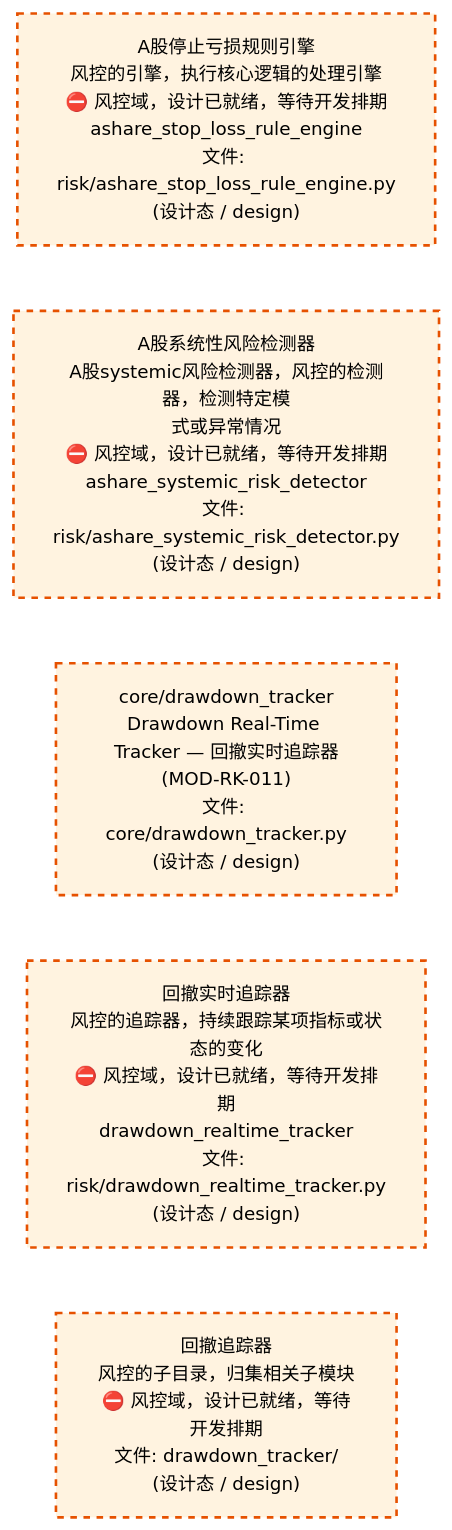
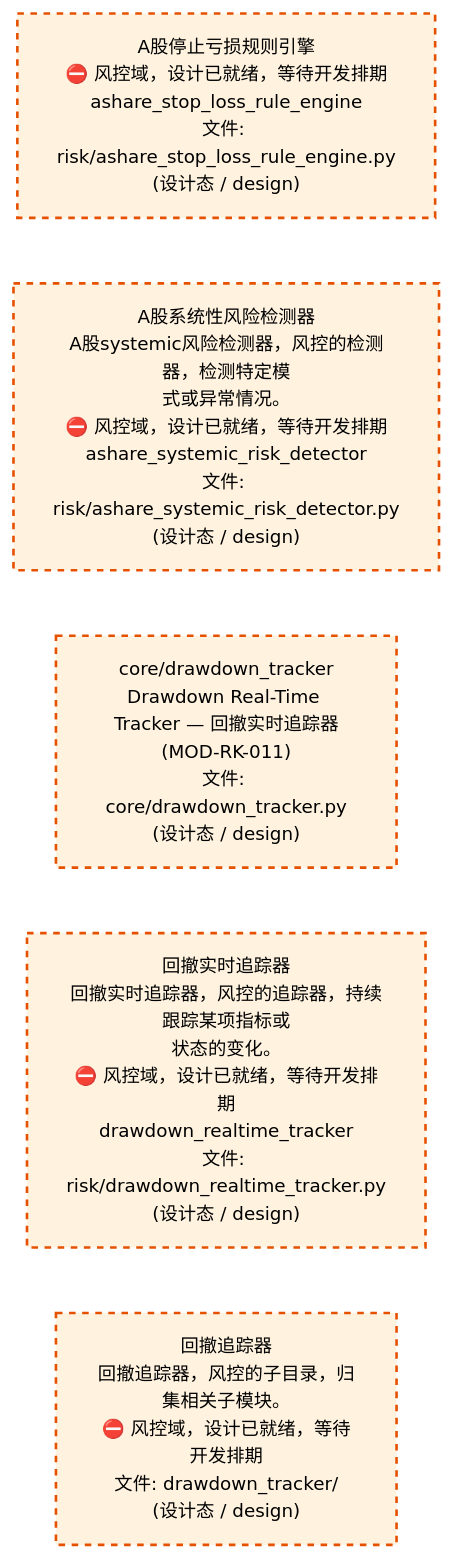
One commit to xuanFelixVan/ZephyrAlpha changed the third of 4 diagrams in docs/02_enterprise_architecture/02_domain_architecture_docs/65_d_risk.md. Above: the diagram before and after it, drawn with Mermaid. The commit also changed other lines of this file and 61 other files, not shown here.

````diff
--- a/docs/02_enterprise_architecture/02_domain_architecture_docs/65_d_risk.md
+++ b/docs/02_enterprise_architecture/02_domain_architecture_docs/65_d_risk.md
@@ -183,18 +183,18 @@
 ```mermaid
 %%{init: {'theme': 'base', 'themeVariables': {'primaryColor': '#eaeaea', 'primaryTextColor': '#333333', 'primaryBorderColor': '#666666', 'lineColor': '#666666', 'secondaryColor': '#eaeaea', 'tertiaryColor': '#eaeaea', 'fontSize': '14px'}}}%%
 flowchart TD
-    src_zephyr_risk_ashare_stop_loss_rule_engine_py["A股停止亏损规则引擎<br/>风控的引擎，执行核心逻辑的处理引擎<br/>⛔ 风控域，设计已就绪，等待开发排期<br/>ashare_stop_loss_rule_engine<br/>文件: risk/ashare_stop_loss_rule_engine.py<br/>(设计态 / design)"]
-    src_zephyr_risk_ashare_systemic_risk_detector_py["A股系统性风险检测器<br/>A股systemic风险检测器，风控的检测器，检测特定模<br/>式或异常情况<br/>⛔ 风控域，设计已就绪，等待开发排期<br/>ashare_systemic_risk_detector<br/>文件: risk/ashare_systemic_risk_detector.py<br/>(设计态 / design)"]
+    src_zephyr_risk_ashare_stop_loss_rule_engine_py["A股停止亏损规则引擎<br/>⛔ 风控域，设计已就绪，等待开发排期<br/>ashare_stop_loss_rule_engine<br/>文件: risk/ashare_stop_loss_rule_engine.py<br/>(设计态 / design)"]
+    src_zephyr_risk_ashare_systemic_risk_detector_py["A股系统性风险检测器<br/>A股systemic风险检测器，风控的检测器，检测特定模<br/>式或异常情况。<br/>⛔ 风控域，设计已就绪，等待开发排期<br/>ashare_systemic_risk_detector<br/>文件: risk/ashare_systemic_risk_detector.py<br/>(设计态 / design)"]
     src_zephyr_risk_core_drawdown_tracker_py["core/drawdown_tracker<br/>Drawdown Real-Time Tracker — 回撤实时追踪器<br/>(MOD-RK-011)<br/>文件: core/drawdown_tracker.py<br/>(设计态 / design)"]
-    src_zephyr_risk_drawdown_realtime_tracker_py["回撤实时追踪器<br/>风控的追踪器，持续跟踪某项指标或状态的变化<br/>⛔ 风控域，设计已就绪，等待开发排期<br/>drawdown_realtime_tracker<br/>文件: risk/drawdown_realtime_tracker.py<br/>(设计态 / design)"]
-    src_zephyr_risk_drawdown_tracker["回撤追踪器<br/>风控的子目录，归集相关子模块<br/>⛔ 风控域，设计已就绪，等待开发排期<br/>文件: drawdown_tracker/<br/>(设计态 / design)"]
+    src_zephyr_risk_drawdown_realtime_tracker_py["回撤实时追踪器<br/>回撤实时追踪器，风控的追踪器，持续跟踪某项指标或<br/>状态的变化。<br/>⛔ 风控域，设计已就绪，等待开发排期<br/>drawdown_realtime_tracker<br/>文件: risk/drawdown_realtime_tracker.py<br/>(设计态 / design)"]
+    src_zephyr_risk_drawdown_tracker["回撤追踪器<br/>回撤追踪器，风控的子目录，归集相关子模块。<br/>⛔ 风控域，设计已就绪，等待开发排期<br/>文件: drawdown_tracker/<br/>(设计态 / design)"]
     src_zephyr_risk_ashare_stop_loss_rule_engine_py ~~~ src_zephyr_risk_ashare_systemic_risk_detector_py
     src_zephyr_risk_ashare_systemic_risk_detector_py ~~~ src_zephyr_risk_core_drawdown_tracker_py
     src_zephyr_risk_core_drawdown_tracker_py ~~~ src_zephyr_risk_drawdown_realtime_tracker_py
     src_zephyr_risk_drawdown_realtime_tracker_py ~~~ src_zephyr_risk_drawdown_tracker
     classDef production fill:#e1f5fe,stroke:#01579b,stroke-width:2px,color:#000
     classDef design fill:#fff3e0,stroke:#e65100,stroke-width:2px,color:#000,stroke-dasharray: 5 5
     classDef external_prod fill:#e8f4fd,stroke:#0277bd,stroke-width:1px,color:#000
     classDef external_design fill:#fff8e7,stroke:#ef6c00,stroke-width:1px,color:#000,stroke-dasharray: 5 5
     class src_zephyr_risk_ashare_stop_loss_rule_engine_py,src_zephyr_risk_ashare_systemic_risk_detector_py,src_zephyr_risk_core_drawdown_tracker_py,src_zephyr_risk_drawdown_realtime_tracker_py,src_zephyr_risk_drawdown_tracker design
 ```
````
